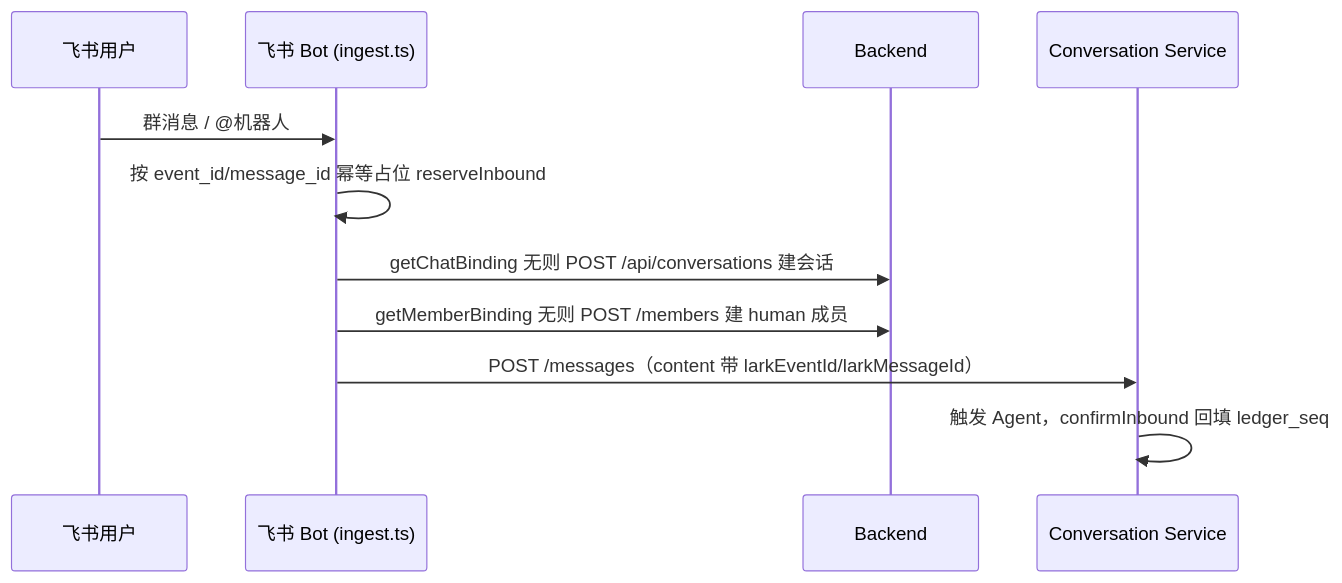
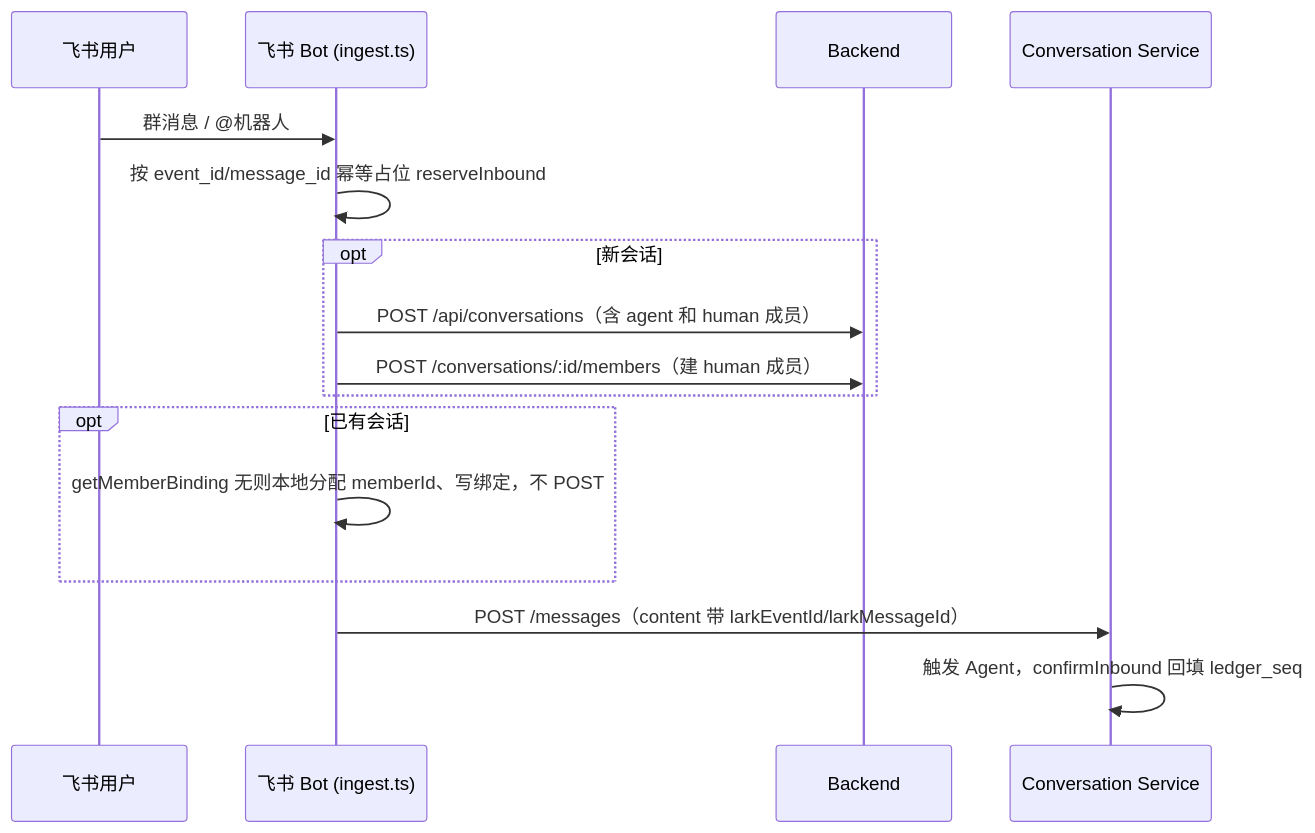
Before and after one commit to Chengchcc/my-agent-team: the first of 2 diagrams in docs/architecture/surfaces/lark-adapter.md, drawn with Mermaid. The commit also changed other lines of this file and 8 other files, not shown here.

First line of the commit message:
docs: fix architecture docs to match code reality

````diff
--- a/docs/architecture/surfaces/lark-adapter.md
+++ b/docs/architecture/surfaces/lark-adapter.md
@@ -26,14 +26,19 @@
 ```mermaid
 sequenceDiagram
   participant LU as 飞书用户
   participant Bot as 飞书 Bot (ingest.ts)
   participant B as Backend
   participant C as Conversation Service
 
   LU->>Bot: 群消息 / @机器人
   Bot->>Bot: 按 event_id/message_id 幂等占位 reserveInbound
-  Bot->>B: getChatBinding 无则 POST /api/conversations 建会话
-  Bot->>B: getMemberBinding 无则 POST /members 建 human 成员
+  opt 新会话
+    Bot->>B: POST /api/conversations（含 agent 和 human 成员）
+    Bot->>B: POST /conversations/:id/members（建 human 成员）
+  end
+  opt 已有会话
+    Bot->>Bot: getMemberBinding 无则本地分配 memberId、写绑定，不 POST
+  end
   Bot->>C: POST /messages（content 带 larkEventId/larkMessageId）
   C->>C: 触发 Agent，confirmInbound 回填 ledger_seq
 ```
````
